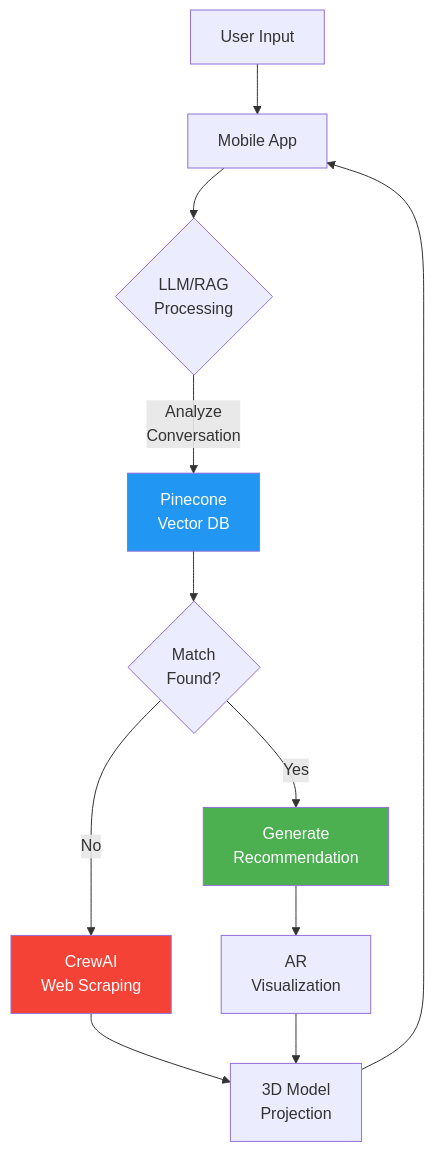
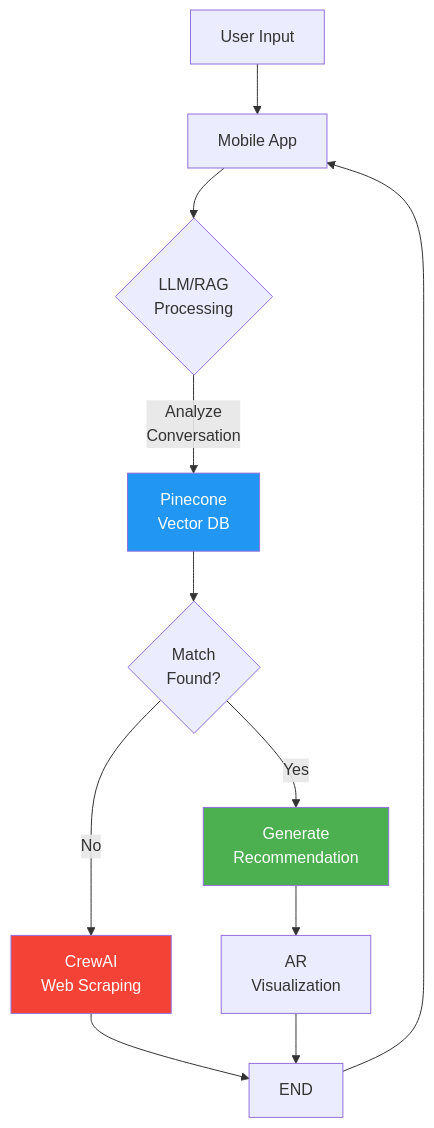
Before and after one commit to Moaz108/Ablakash: the diagram in README.md, drawn with Mermaid.

````diff
--- a/README.md
+++ b/README.md
@@ -63,18 +63,18 @@
 ```mermaid
 graph TD
     A[User Input] --> B[Mobile App]
     B --> C{LLM/RAG<br/>Processing}
     C -->|Analyze<br/>Conversation| D[Pinecone<br/>Vector DB]
     D --> E{Match<br/>Found?}
     E -->|Yes| F[Generate<br/>Recommendation]
     E -->|No| G[CrewAI<br/>Web Scraping]
     G --> I
     F --> H[AR<br/>Visualization]
-    H --> I[3D Model<br/>Projection]
+    H --> I[END]
     I -->B
 
     
     style F fill:#4CAF50,color:white
     style G fill:#F44336,color:white
     style D fill:#2196F3,color:white
 ```
````
